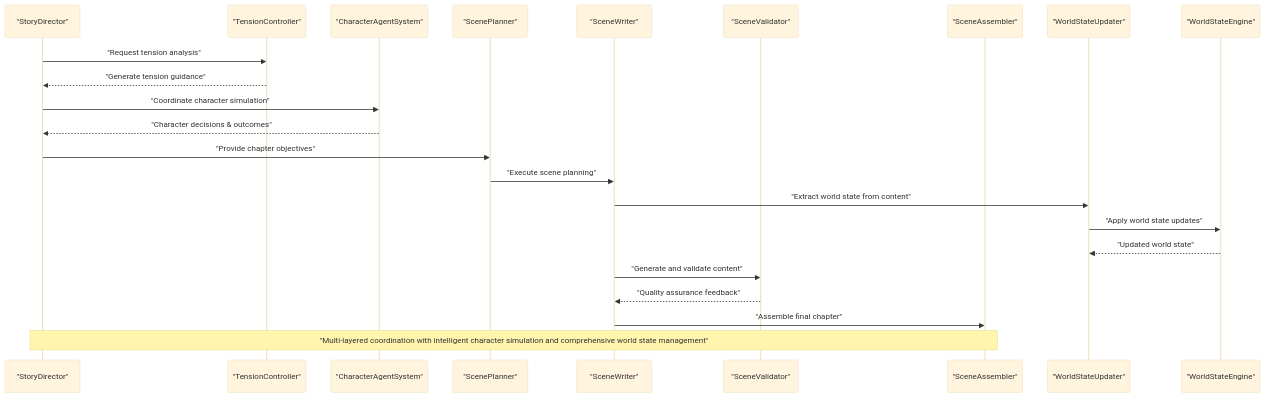
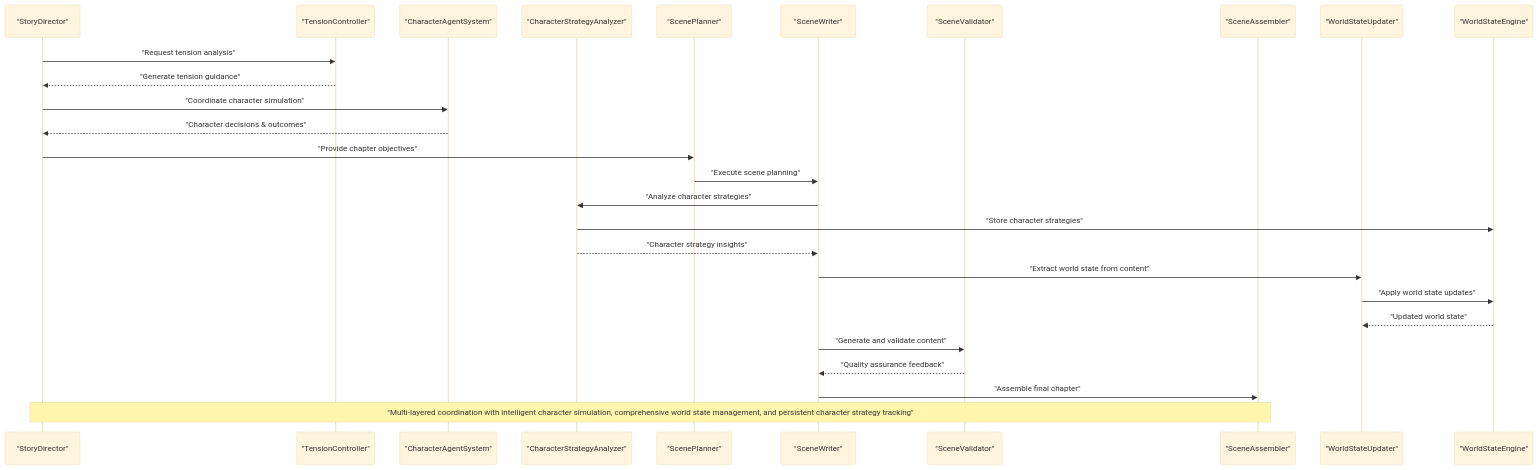
Before and after one commit to liwonder/NARRITIVE_OS: the second of 2 diagrams in .qoder/repowiki/en/content/AI Agent System/AI Agent System.md, drawn with Mermaid (base theme). The commit also changed other lines of this file and 15 other files, not shown here.

First line of the commit message:
Add CharacterStrategyAnalyzer and pipeline updates

````diff
--- a/.qoder/repowiki/en/content/AI Agent System/AI Agent System.md
+++ b/.qoder/repowiki/en/content/AI Agent System/AI Agent System.md
@@ -134,25 +144,29 @@
 ```mermaid
 sequenceDiagram
 participant Director as "StoryDirector"
 participant Tension as "TensionController"
 participant Character as "CharacterAgentSystem"
+participant Strategy as "CharacterStrategyAnalyzer"
 participant Planner as "ScenePlanner"
 participant Writer as "SceneWriter"
 participant Validator as "SceneValidator"
 participant Assembler as "SceneAssembler"
 participant WorldUpdater as "WorldStateUpdater"
 participant WorldEngine as "WorldStateEngine"
 Director->>Tension : "Request tension analysis"
 Tension-->>Director : "Generate tension guidance"
 Director->>Character : "Coordinate character simulation"
 Character-->>Director : "Character decisions & outcomes"
 Director->>Planner : "Provide chapter objectives"
 Planner->>Writer : "Execute scene planning"
+Writer->>Strategy : "Analyze character strategies"
+Strategy->>WorldEngine : "Store character strategies"
+Strategy-->>Writer : "Character strategy insights"
 Writer->>WorldUpdater : "Extract world state from content"
 WorldUpdater->>WorldEngine : "Apply world state updates"
 WorldEngine-->>WorldUpdater : "Updated world state"
 Writer->>Validator : "Generate and validate content"
 Validator-->>Writer : "Quality assurance feedback"
 Writer->>Assembler : "Assemble final chapter"
-Note over Director,Assembler : "Multi-layered coordination with intelligent character simulation and comprehensive world state management"
+Note over Director,Assembler : "Multi-layered coordination with intelligent character simulation, comprehensive world state management, and persistent character strategy tracking"
 ```
````
